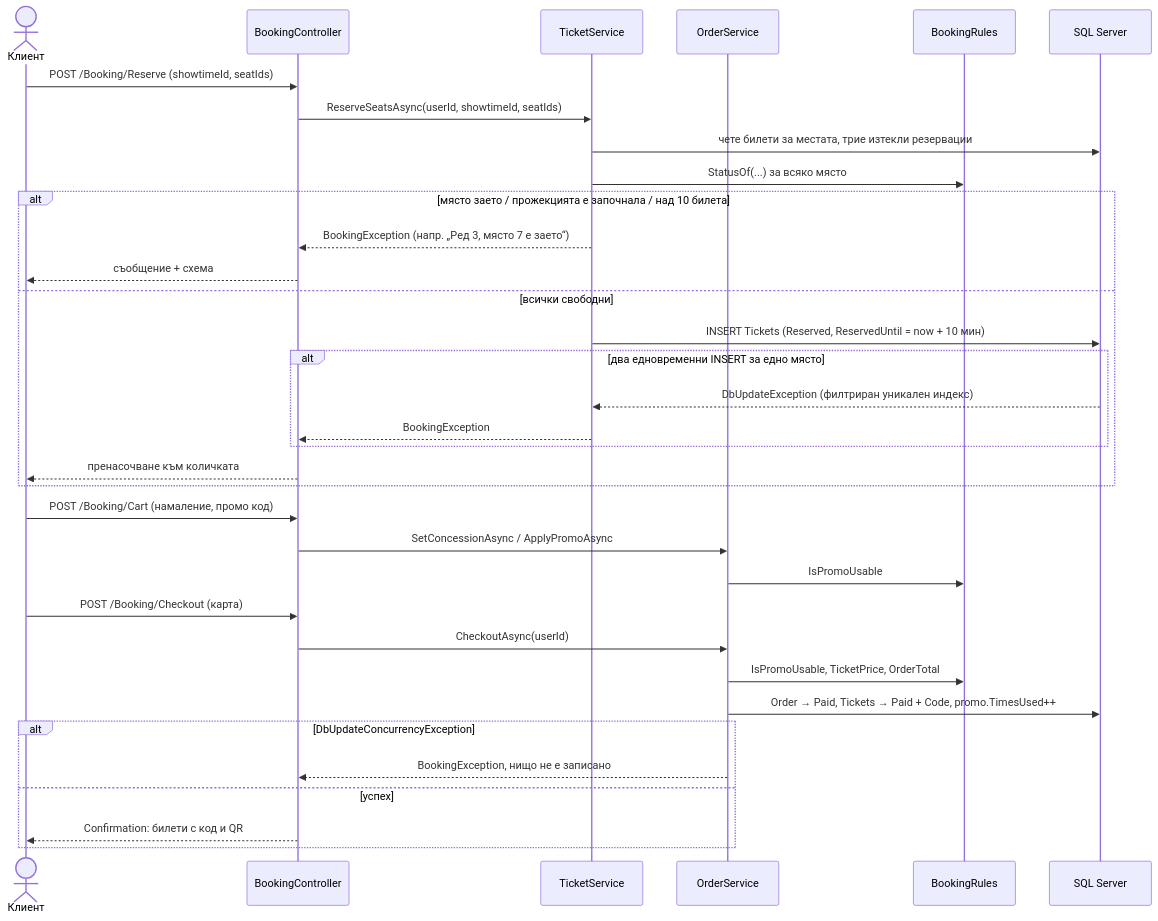
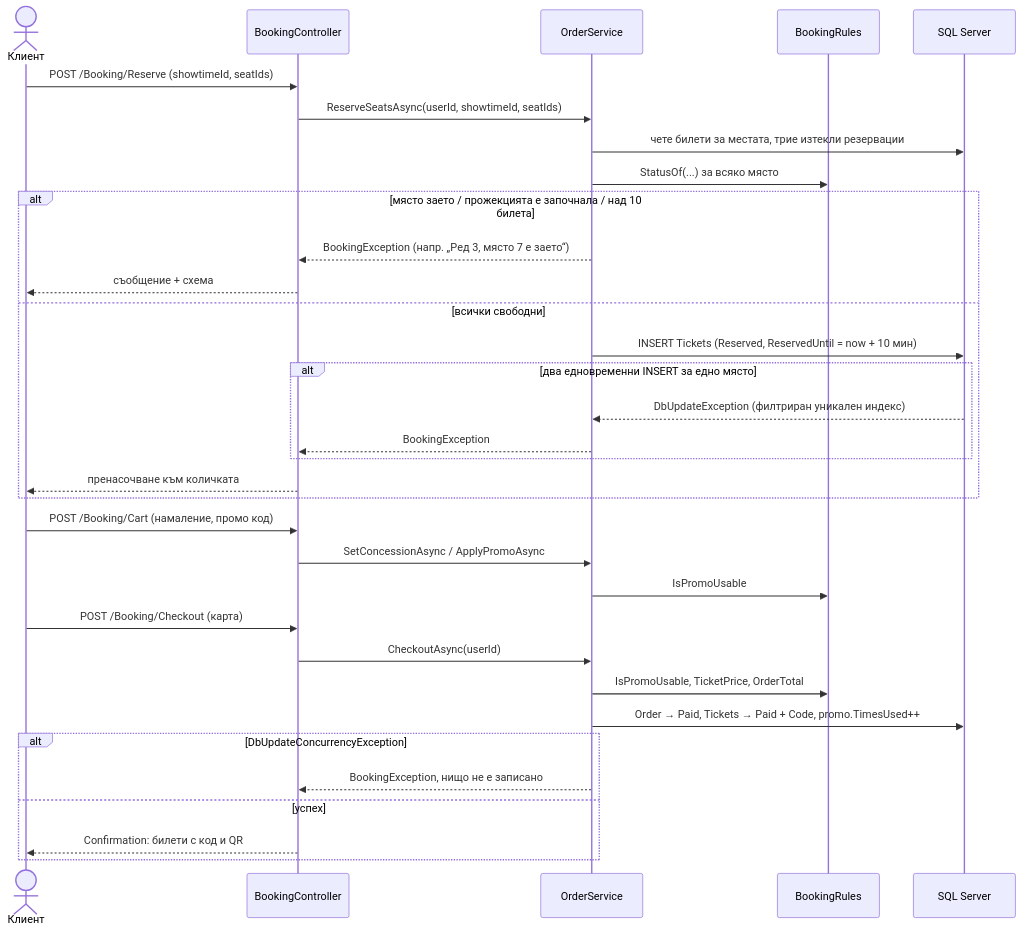
Before and after one commit to Milankata08/Eventix-Hub: the fourth of 4 diagrams in docs/Documentation.md, drawn with Mermaid. The commit also changed 7 other files, not shown here.

````diff
--- a/docs/Documentation.md
+++ b/docs/Documentation.md
@@ -312,39 +312,38 @@
 ```mermaid
 sequenceDiagram
     actor U as Клиент
     participant B as BookingController
-    participant T as TicketService
     participant O as OrderService
     participant R as BookingRules
     participant DB as SQL Server
 
     U->>B: POST /Booking/Reserve (showtimeId, seatIds)
-    B->>T: ReserveSeatsAsync(userId, showtimeId, seatIds)
-    T->>DB: чете билети за местата, трие изтекли резервации
-    T->>R: StatusOf(...) за всяко място
+    B->>O: ReserveSeatsAsync(userId, showtimeId, seatIds)
+    O->>DB: чете билети за местата, трие изтекли резервации
+    O->>R: StatusOf(...) за всяко място
     alt място заето / прожекцията е започнала / над 10 билета
-        T-->>B: BookingException (напр. „Ред 3, място 7 е заето“)
+        O-->>B: BookingException (напр. „Ред 3, място 7 е заето“)
         B-->>U: съобщение + схема
     else всички свободни
-        T->>DB: INSERT Tickets (Reserved, ReservedUntil = now + 10 мин)
+        O->>DB: INSERT Tickets (Reserved, ReservedUntil = now + 10 мин)
         alt два едновременни INSERT за едно място
-            DB-->>T: DbUpdateException (филтриран уникален индекс)
-            T-->>B: BookingException
+            DB-->>O: DbUpdateException (филтриран уникален индекс)
+            O-->>B: BookingException
         end
         B-->>U: пренасочване към количката
     end
 
     U->>B: POST /Booking/Cart (намаление, промо код)
     B->>O: SetConcessionAsync / ApplyPromoAsync
     O->>R: IsPromoUsable
 
     U->>B: POST /Booking/Checkout (карта)
     B->>O: CheckoutAsync(userId)
     O->>R: IsPromoUsable, TicketPrice, OrderTotal
     O->>DB: Order → Paid, Tickets → Paid + Code, promo.TimesUsed++
     alt DbUpdateConcurrencyException
         O-->>B: BookingException, нищо не е записано
     else успех
         B-->>U: Confirmation: билети с код и QR
     end
 ```
````
